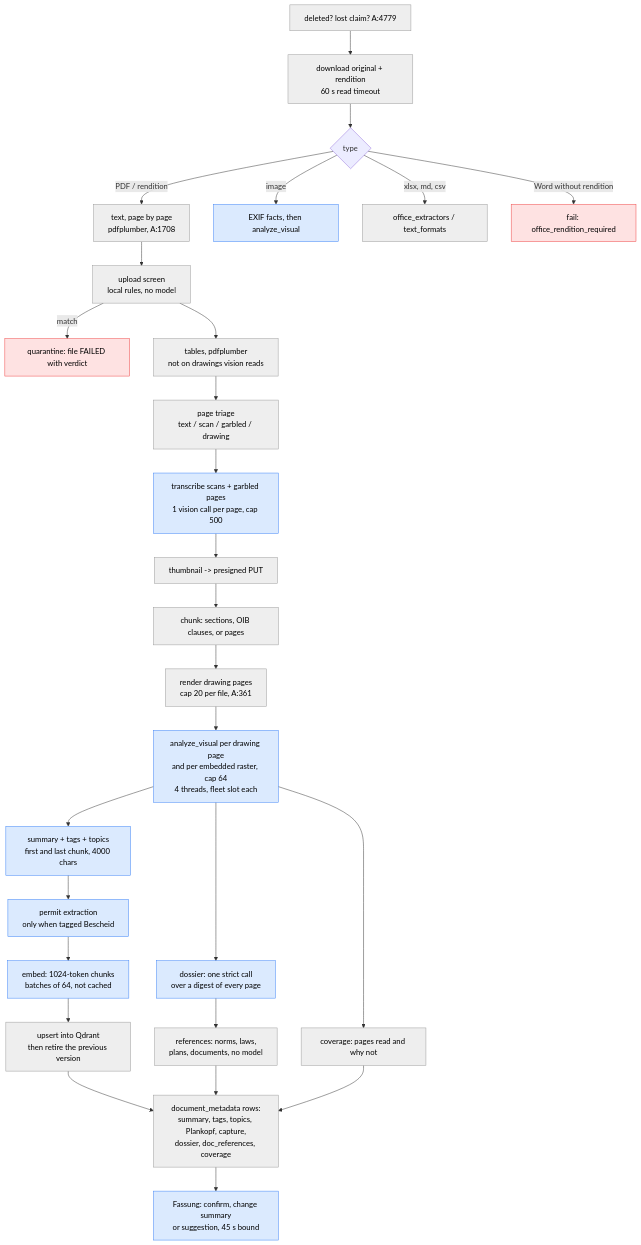
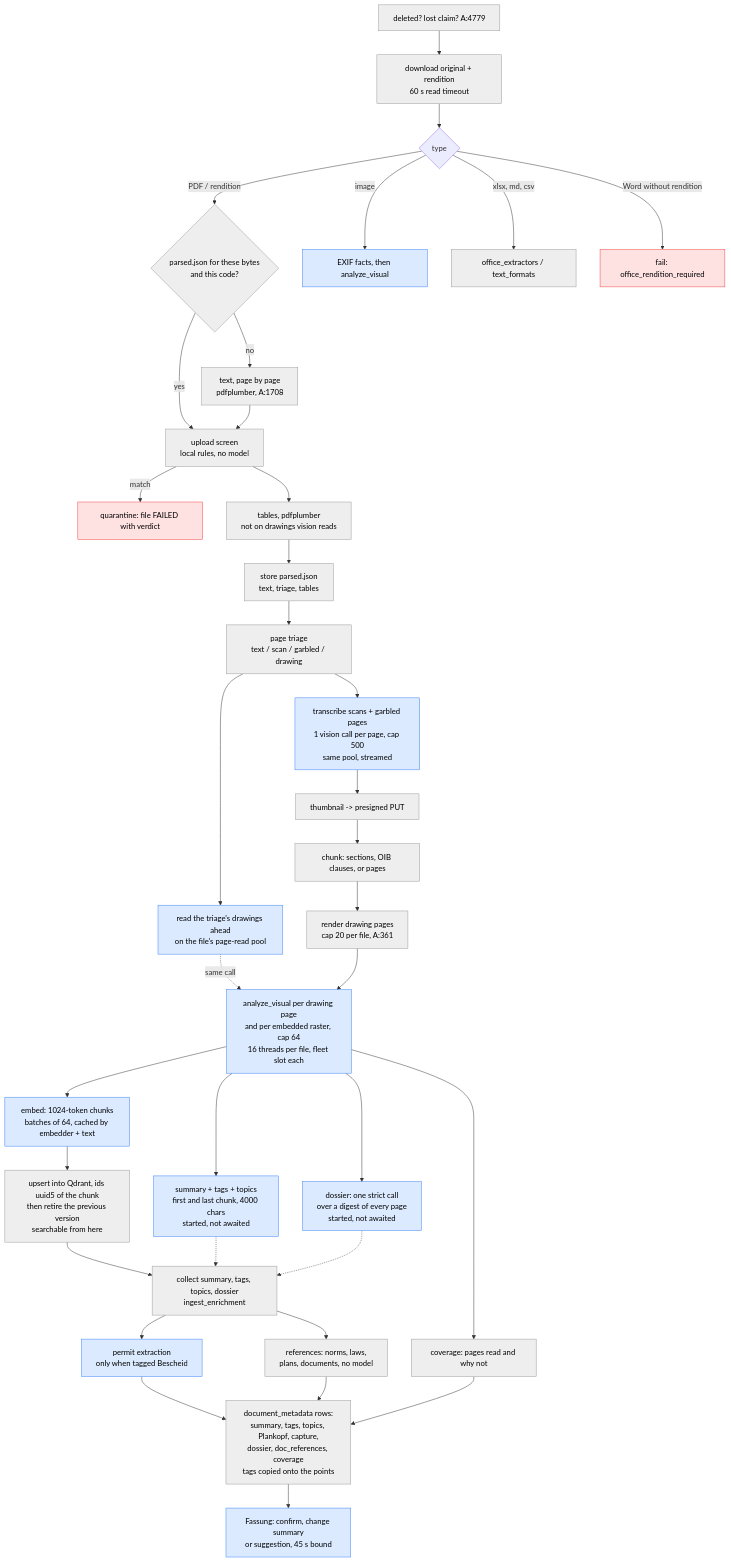
The third of 7 diagrams in docs/architecture/ingestion-pipeline.md (archos-at/archos), drawn with Mermaid before and after one commit. The commit also changed other lines of this file and 803 other files, not shown here.

````diff
--- a/docs/architecture/ingestion-pipeline.md
+++ b/docs/architecture/ingestion-pipeline.md
@@ -122,33 +124,41 @@
 ```mermaid
 flowchart TB
   classDef cpu fill:#eee,stroke:#999,color:#000
   classDef model fill:#dbeafe,stroke:#3b82f6,color:#000
   classDef stop fill:#fee2e2,stroke:#ef4444,color:#000
 
   G[deleted? lost claim? A:4779]:::cpu --> DL[download original + rendition<br/>60 s read timeout]:::cpu
   DL --> TY{type}
-  TY -- PDF / rendition --> TX[text, page by page<br/>pdfplumber, A:1708]:::cpu
+  TY -- PDF / rendition --> PS{parsed.json for these bytes<br/>and this code?}:::cpu
+  PS -- yes --> SC
+  PS -- no --> TX[text, page by page<br/>pdfplumber, A:1708]:::cpu
   TY -- image --> EX[EXIF facts, then analyze_visual]:::model
   TY -- xlsx, md, csv --> OX[office_extractors / text_formats]:::cpu
   TY -- Word without rendition --> F1[fail: office_rendition_required]:::stop
   TX --> SC[upload screen<br/>local rules, no model]:::cpu
   SC -- match --> QU[quarantine: file FAILED with verdict]:::stop
   SC --> TB[tables, pdfplumber<br/>not on drawings vision reads]:::cpu
-  TB --> TR[page triage<br/>text / scan / garbled / drawing]:::cpu
-  TR --> OCR[transcribe scans + garbled pages<br/>1 vision call per page, cap 500]:::model
+  TB --> ST[store parsed.json<br/>text, triage, tables]:::cpu
+  ST --> TR[page triage<br/>text / scan / garbled / drawing]:::cpu
+  TR --> AH[read the triage's drawings ahead<br/>on the file's page-read pool]:::model
+  TR --> OCR[transcribe scans + garbled pages<br/>1 vision call per page, cap 500<br/>same pool, streamed]:::model
   OCR --> TH[thumbnail -> presigned PUT]:::cpu
   TH --> CH[chunk: sections, OIB clauses, or pages]:::cpu
   CH --> RD[render drawing pages<br/>cap 20 per file, A:361]:::cpu
-  RD --> VI[analyze_visual per drawing page<br/>and per embedded raster, cap 64<br/>4 threads, fleet slot each]:::model
-  VI --> SUM[summary + tags + topics<br/>first and last chunk, 4000 chars]:::model
-  VI --> DS[dossier: one strict call<br/>over a digest of every page]:::model
+  AH -. same call .-> VI
+  RD --> VI[analyze_visual per drawing page<br/>and per embedded raster, cap 64<br/>16 threads per file, fleet slot each]:::model
+  VI --> SUM[summary + tags + topics<br/>first and last chunk, 4000 chars<br/>started, not awaited]:::model
+  VI --> DS[dossier: one strict call<br/>over a digest of every page<br/>started, not awaited]:::model
   VI --> CV[coverage: pages read and why not]:::cpu
-  SUM --> PM[permit extraction<br/>only when tagged Bescheid]:::model
-  DS --> RF[references: norms, laws,<br/>plans, documents, no model]:::cpu
-  PM --> EM[embed: 1024-token chunks<br/>batches of 64, not cached]:::model
-  EM --> WR[upsert into Qdrant<br/>then retire the previous version]:::cpu
-  WR --> MD[document_metadata rows:<br/>summary, tags, topics, Plankopf, capture,<br/>dossier, doc_references, coverage]:::cpu
+  VI --> EM[embed: 1024-token chunks<br/>batches of 64, cached by embedder + text]:::model
+  EM --> WR[upsert into Qdrant, ids uuid5 of the chunk<br/>then retire the previous version<br/>searchable from here]:::cpu
+  WR --> CO[collect summary, tags, topics, dossier<br/>ingest_enrichment]:::cpu
+  SUM -.-> CO
+  DS -.-> CO
+  CO --> PM[permit extraction<br/>only when tagged Bescheid]:::model
+  CO --> RF[references: norms, laws,<br/>plans, documents, no model]:::cpu
+  PM --> MD[document_metadata rows:<br/>summary, tags, topics, Plankopf, capture,<br/>dossier, doc_references, coverage<br/>tags copied onto the points]:::cpu
   RF --> MD
   CV --> MD
   MD --> FA[Fassung: confirm, change summary<br/>or suggestion, 45 s bound]:::model
 ```
````
